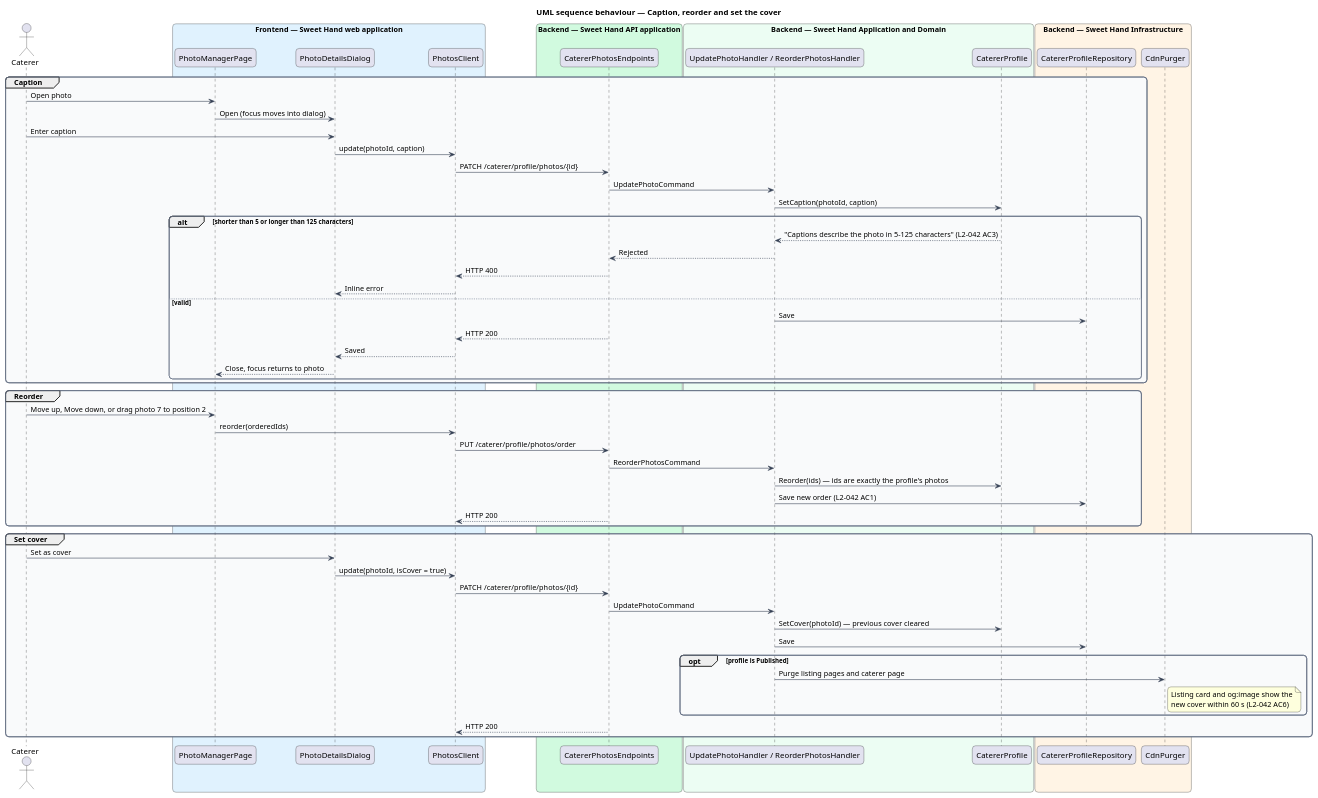
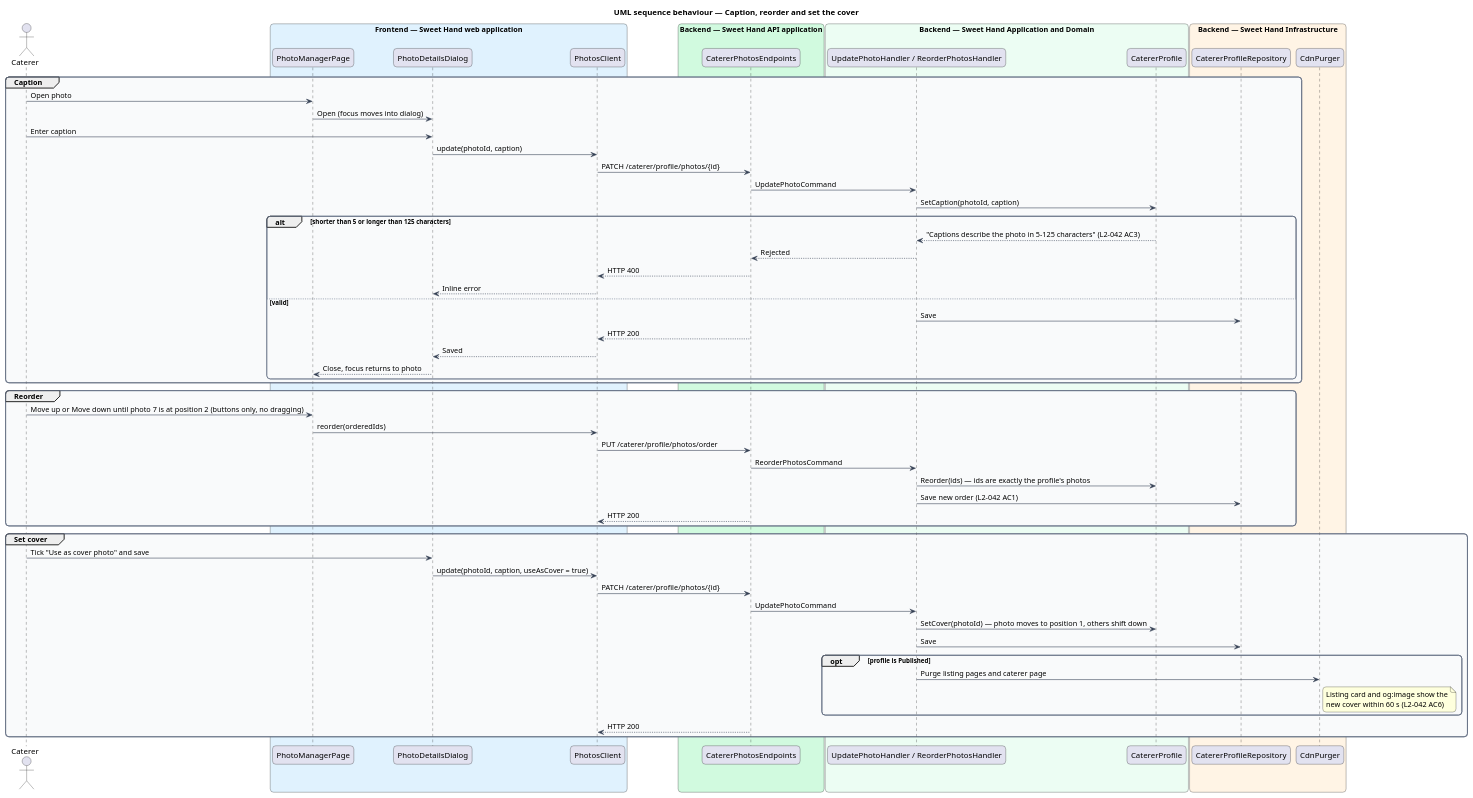
The diagram in docs/detailed-designs/caterer-profiles/manage-photos/diagrams/sequence-arrange-photos.puml (QuinntyneBrown/sweet-hand), drawn with PlantUML before and after one commit. The commit also changed 58 other files, not shown here.

```diff
--- a/docs/detailed-designs/caterer-profiles/manage-photos/diagrams/sequence-arrange-photos.puml
+++ b/docs/detailed-designs/caterer-profiles/manage-photos/diagrams/sequence-arrange-photos.puml
@@ -1,82 +1,82 @@
 @startuml
 title UML sequence behaviour — Caption, reorder and set the cover
 skinparam backgroundColor #FFFFFF
 skinparam shadowing false
 skinparam roundcorner 12
 skinparam defaultFontName Arial
 skinparam ArrowColor #344054
 skinparam rectangle {
   BorderColor #344054
   FontColor #101828
 }
 skinparam package {
   BorderColor #667085
   FontColor #101828
   BackgroundColor #F9FAFB
 }
 actor "Caterer" as actor
 box "Frontend — Sweet Hand web application" #E0F2FE
   participant "PhotoManagerPage" as page
   participant "PhotoDetailsDialog" as dialog
   participant "PhotosClient" as client
 end box
 box "Backend — Sweet Hand API application" #D1FADF
   participant "CatererPhotosEndpoints" as endpoints
 end box
 box "Backend — Sweet Hand Application and Domain" #ECFDF3
   participant "UpdatePhotoHandler / ReorderPhotosHandler" as handler
   participant "CatererProfile" as profile
 end box
 box "Backend — Sweet Hand Infrastructure" #FFF4E5
   participant "CatererProfileRepository" as repo
   participant "CdnPurger" as cdn
 end box
 
 group Caption
   actor -> page : Open photo
   page -> dialog : Open (focus moves into dialog)
   actor -> dialog : Enter caption
   dialog -> client : update(photoId, caption)
   client -> endpoints : PATCH /caterer/profile/photos/{id}
   endpoints -> handler : UpdatePhotoCommand
   handler -> profile : SetCaption(photoId, caption)
   alt shorter than 5 or longer than 125 characters
     profile --> handler : "Captions describe the photo in 5–125 characters" (L2-042 AC3)
     handler --> endpoints : Rejected
     endpoints --> client : HTTP 400
     client --> dialog : Inline error
   else valid
     handler -> repo : Save
     endpoints --> client : HTTP 200
     client --> dialog : Saved
     dialog --> page : Close, focus returns to photo
   end
 end
 
 group Reorder
-  actor -> page : Move up, Move down, or drag photo 7 to position 2
+  actor -> page : Move up or Move down until photo 7 is at position 2 (buttons only, no dragging)
   page -> client : reorder(orderedIds)
   client -> endpoints : PUT /caterer/profile/photos/order
   endpoints -> handler : ReorderPhotosCommand
   handler -> profile : Reorder(ids) — ids are exactly the profile's photos
   handler -> repo : Save new order (L2-042 AC1)
   endpoints --> client : HTTP 200
 end
 
 group Set cover
-  actor -> dialog : Set as cover
-  dialog -> client : update(photoId, isCover = true)
+  actor -> dialog : Tick "Use as cover photo" and save
+  dialog -> client : update(photoId, caption, useAsCover = true)
   client -> endpoints : PATCH /caterer/profile/photos/{id}
   endpoints -> handler : UpdatePhotoCommand
-  handler -> profile : SetCover(photoId) — previous cover cleared
+  handler -> profile : SetCover(photoId) — photo moves to position 1, others shift down
   handler -> repo : Save
   opt profile is Published
     handler -> cdn : Purge listing pages and caterer page
     note right of cdn
       Listing card and og:image show the
       new cover within 60 s (L2-042 AC6)
     end note
   end
   endpoints --> client : HTTP 200
 end
 @enduml
```
